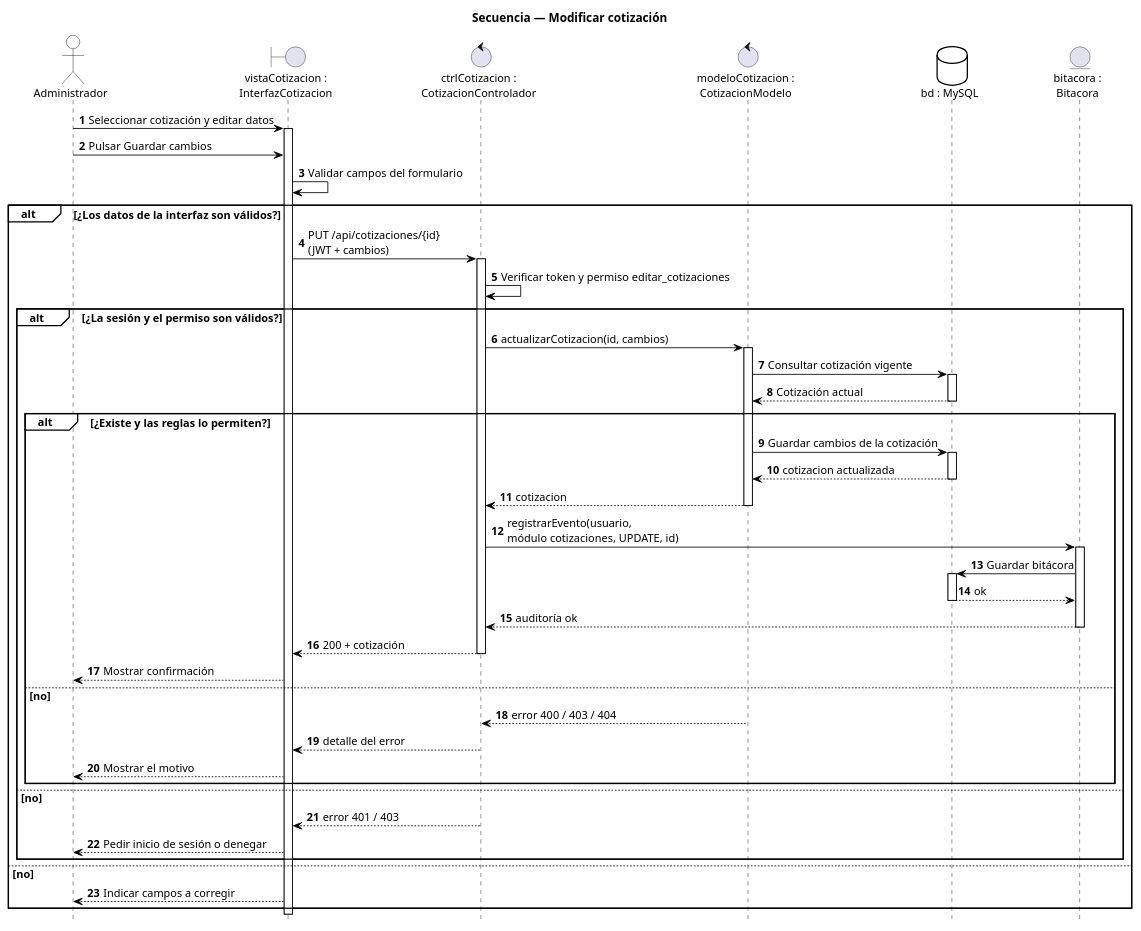
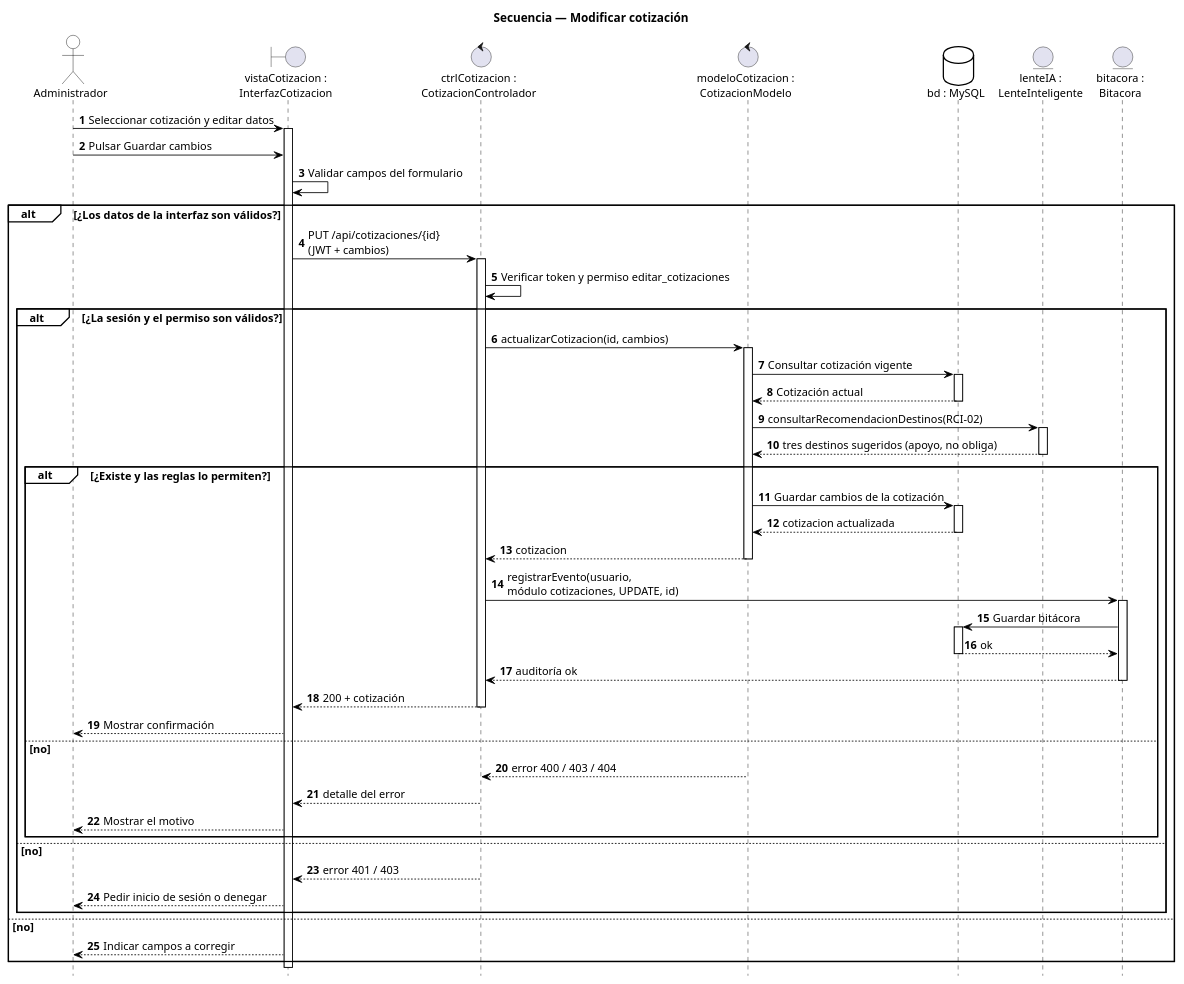
Before and after one commit to gioser1107/SIGEL: the diagram in docs/ENTREGA_DOCUMENTAL/diagramas/puml/secuencia/COTIZACION_MODIFICAR.puml, drawn with PlantUML. The commit also changed 209 other files, not shown here.

```diff
--- a/docs/ENTREGA_DOCUMENTAL/diagramas/puml/secuencia/COTIZACION_MODIFICAR.puml
+++ b/docs/ENTREGA_DOCUMENTAL/diagramas/puml/secuencia/COTIZACION_MODIFICAR.puml
@@ -1,87 +1,93 @@
 @startuml
 title Secuencia — Modificar cotización
 
 skinparam backgroundColor #FFFFFF
 skinparam shadowing false
 skinparam defaultFontName Helvetica
 skinparam defaultFontSize 13
 skinparam sequence {
   ArrowColor black
   ActorBorderColor black
   ActorBackgroundColor white
   LifeLineBorderColor black
   ParticipantBorderColor black
   ParticipantBackgroundColor white
   GroupBorderColor black
   GroupBackgroundColor white
 }
 skinparam database {
   BackgroundColor white
   BorderColor black
 }
 hide footbox
 autonumber
 
 actor "Administrador" as admin
 boundary "vistaCotizacion :\nInterfazCotizacion" as vista
 control "ctrlCotizacion :\nCotizacionControlador" as ctrl
 control "modeloCotizacion :\nCotizacionModelo" as modelo
 database "bd : MySQL" as bd
+entity "lenteIA :\nLenteInteligente" as lente
 entity "bitacora :\nBitacora" as bitacora
 
 admin -> vista : Seleccionar cotización y editar datos
 activate vista
 admin -> vista : Pulsar Guardar cambios
 vista -> vista : Validar campos del formulario
 
 alt ¿Los datos de la interfaz son válidos?
   vista -> ctrl : PUT /api/cotizaciones/{id}\n(JWT + cambios)
   activate ctrl
   ctrl -> ctrl : Verificar token y permiso editar_cotizaciones
 
   alt ¿La sesión y el permiso son válidos?
     ctrl -> modelo : actualizarCotizacion(id, cambios)
     activate modelo
     modelo -> bd : Consultar cotización vigente
     activate bd
     bd --> modelo : Cotización actual
     deactivate bd
+
+    modelo -> lente : consultarRecomendacionDestinos(RCI-02)
+    activate lente
+    lente --> modelo : tres destinos sugeridos (apoyo, no obliga)
+    deactivate lente
 
     alt ¿Existe y las reglas lo permiten?
       modelo -> bd : Guardar cambios de la cotización
       activate bd
       bd --> modelo : cotizacion actualizada
       deactivate bd
       modelo --> ctrl : cotizacion
       deactivate modelo
 
       ctrl -> bitacora : registrarEvento(usuario,\nmódulo cotizaciones, UPDATE, id)
       activate bitacora
       bitacora -> bd : Guardar bitácora
       activate bd
       bd --> bitacora : ok
       deactivate bd
       bitacora --> ctrl : auditoría ok
       deactivate bitacora
 
       ctrl --> vista : 200 + cotización
       deactivate ctrl
       vista --> admin : Mostrar confirmación
     else no
       modelo --> ctrl : error 400 / 403 / 404
       deactivate modelo
       ctrl --> vista : detalle del error
       deactivate ctrl
       vista --> admin : Mostrar el motivo
     end
   else no
     ctrl --> vista : error 401 / 403
     deactivate ctrl
     vista --> admin : Pedir inicio de sesión o denegar
   end
 else no
   vista --> admin : Indicar campos a corregir
 end
 
 deactivate vista
 @enduml
```
